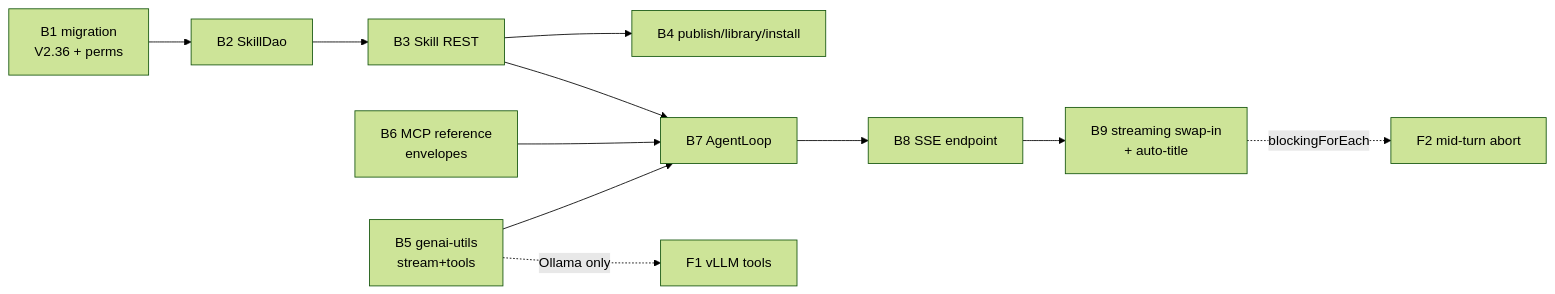
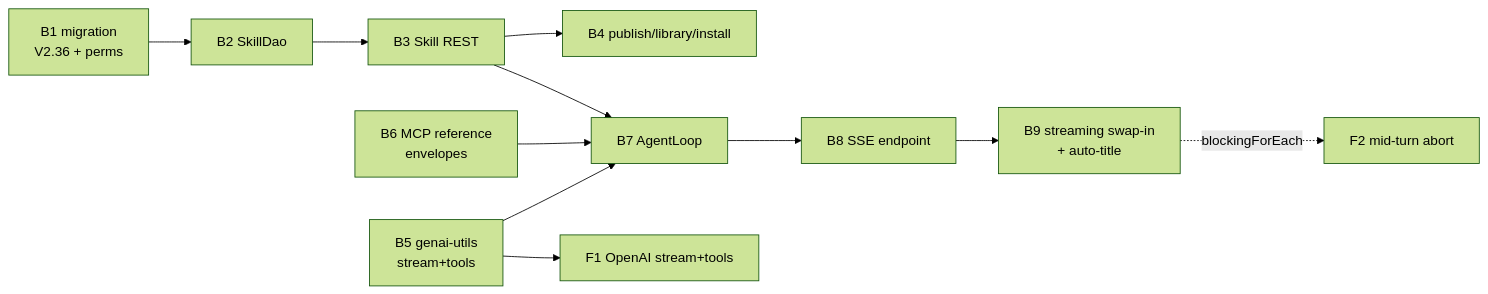
Before and after one commit to metaloom/metaloom: the diagram in spec/features/chat/CHAT_TASKS.md, drawn with Mermaid (forest theme). The commit also changed other lines of this file and 126 other files, not shown here.

````diff
--- a/spec/features/chat/CHAT_TASKS.md
+++ b/spec/features/chat/CHAT_TASKS.md
@@ -25,9 +26,9 @@
 ```mermaid
 flowchart LR
   B1[B1 migration<br/>V2.36 + perms] --> B2[B2 SkillDao] --> B3[B3 Skill REST] --> B4[B4 publish/library/install]
   B5[B5 genai-utils<br/>stream+tools] --> B7[B7 AgentLoop]
   B6[B6 MCP reference<br/>envelopes] --> B7
   B3 --> B7 --> B8[B8 SSE endpoint] --> B9[B9 streaming swap-in<br/>+ auto-title]
-  B5 -. Ollama only .-> F1[F1 vLLM tools]
+  B5 --> F1[F1 OpenAI stream+tools]
   B9 -. blockingForEach .-> F2[F2 mid-turn abort]
 ```
````
